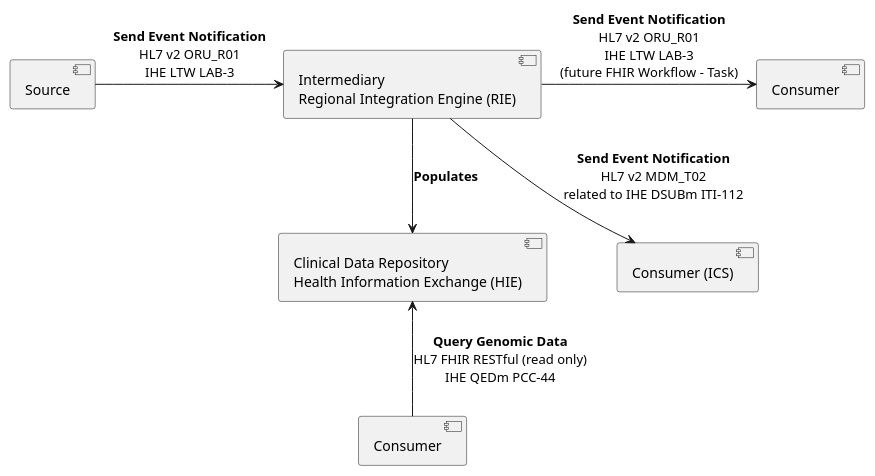
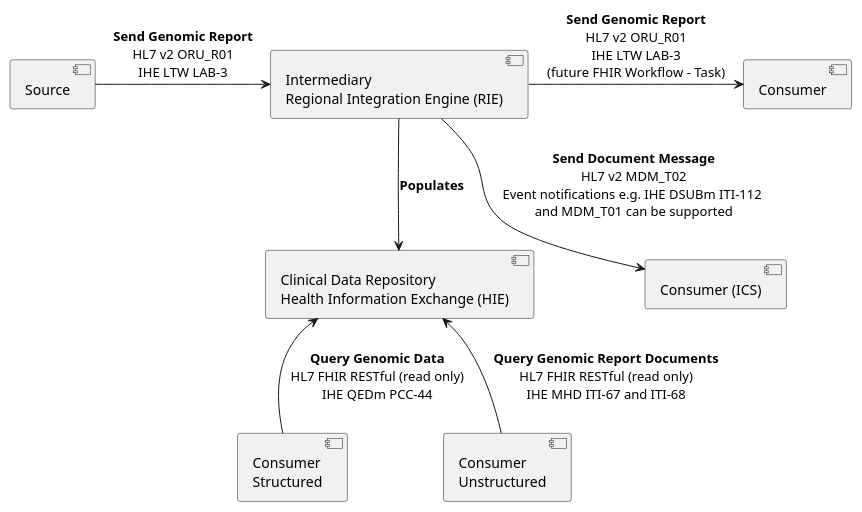
Before and after one commit to uk-gov-mirror/nw-gmsa.nw-gmsa.github.com: the diagram in input/images-source/architecture-laboratory-report.plantuml, drawn with PlantUML.

Commit message:
Multiple test orders

```diff
--- a/input/images-source/architecture-laboratory-report.plantuml
+++ b/input/images-source/architecture-laboratory-report.plantuml
@@ -1,17 +1,19 @@
 @startuml
 
  component "Source" as LIMS
  component "Consumer" as EPR
- component "Consumer" as HIE
+ component "Consumer\nStructured" as HIE
+ component "Consumer\nUnstructured" as HIEU
  component "Consumer (ICS)" as ICS
  component "Intermediary\nRegional Integration Engine (RIE)" as TIE
  component "Clinical Data Repository\nHealth Information Exchange (HIE)" as CDR
 
  EPR -d[hidden]- ICS
- LIMS -r-> TIE : **Send Event Notification**\nHL7 v2 ORU_R01\nIHE LTW LAB-3
- TIE -r-> EPR: **Send Event Notification**\nHL7 v2 ORU_R01\nIHE LTW LAB-3\n(future FHIR Workflow - Task)
- TIE -r-> ICS: **Send Event Notification**\nHL7 v2 MDM_T02\nrelated to IHE DSUBm ITI-112
+ LIMS -r-> TIE : **Send Genomic Report**\nHL7 v2 ORU_R01\nIHE LTW LAB-3
+ TIE -r-> EPR: **Send Genomic Report**\nHL7 v2 ORU_R01\nIHE LTW LAB-3\n(future FHIR Workflow - Task)
+ TIE -r-> ICS: **Send Document Message**\nHL7 v2 MDM_T02\nEvent notifications e.g. IHE DSUBm ITI-112 \nand MDM_T01 can be supported
  TIE -d-> CDR: **Populates**
  HIE -u-> CDR: **Query Genomic Data**\nHL7 FHIR RESTful (read only)\nIHE QEDm PCC-44
+ HIEU -u-> CDR: **Query Genomic Report Documents**\nHL7 FHIR RESTful (read only)\nIHE MHD ITI-67 and ITI-68
 
 @enduml
```
